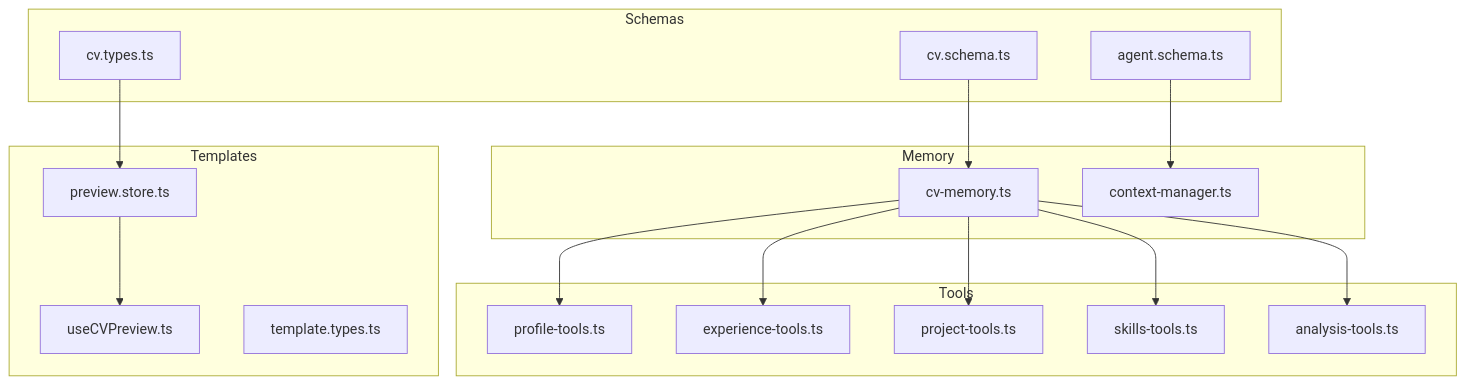
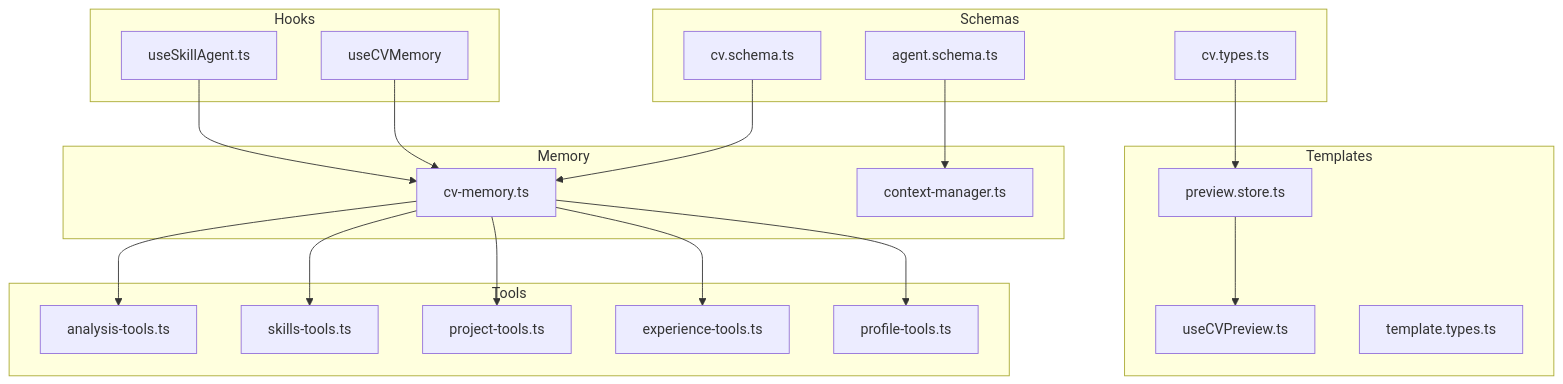
Before and after one commit to DoVuDung/cv-portfolio-builder: the first of 10 diagrams in .qoder/repowiki/en/content/CV Data Management/CV Data Management.md, drawn with Mermaid. The commit also changed other lines of this file and 26 other files, not shown here.

First line of the commit message:
docs(agent): update AI Agent System with MCP tool architecture and CV Builder integration

````diff
--- a/.qoder/repowiki/en/content/CV Data Management/CV Data Management.md
+++ b/.qoder/repowiki/en/content/CV Data Management/CV Data Management.md
@@ -43,33 +56,39 @@
 ```mermaid
 graph TB
 subgraph "Schemas"
 A["cv.schema.ts"]
 B["agent.schema.ts"]
 T["cv.types.ts"]
 end
 subgraph "Memory"
 M1["cv-memory.ts"]
 M2["context-manager.ts"]
+end
+subgraph "Hooks"
+H1["useSkillAgent.ts"]
+H2["useCVMemory"]
 end
 subgraph "Tools"
 P["profile-tools.ts"]
 E["experience-tools.ts"]
 R["project-tools.ts"]
 S["skills-tools.ts"]
 AN["analysis-tools.ts"]
 end
 subgraph "Templates"
 PS["preview.store.ts"]
 PH["useCVPreview.ts"]
 TT["template.types.ts"]
 end
 A --> M1
 B --> M2
 M1 --> P
 M1 --> E
 M1 --> R
 M1 --> S
 M1 --> AN
 PS --> PH
 T --> PS
+H1 --> M1
+H2 --> M1
 ```
````
